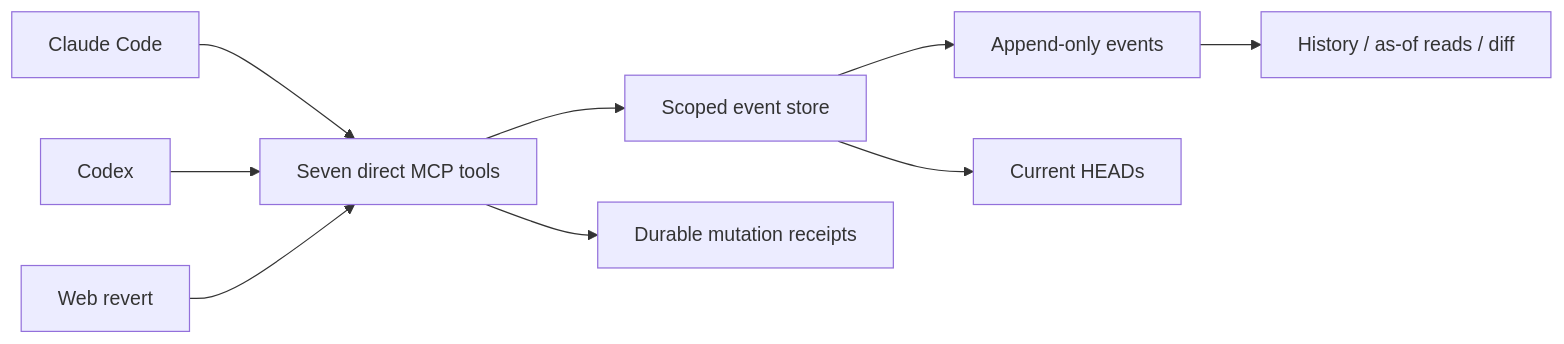
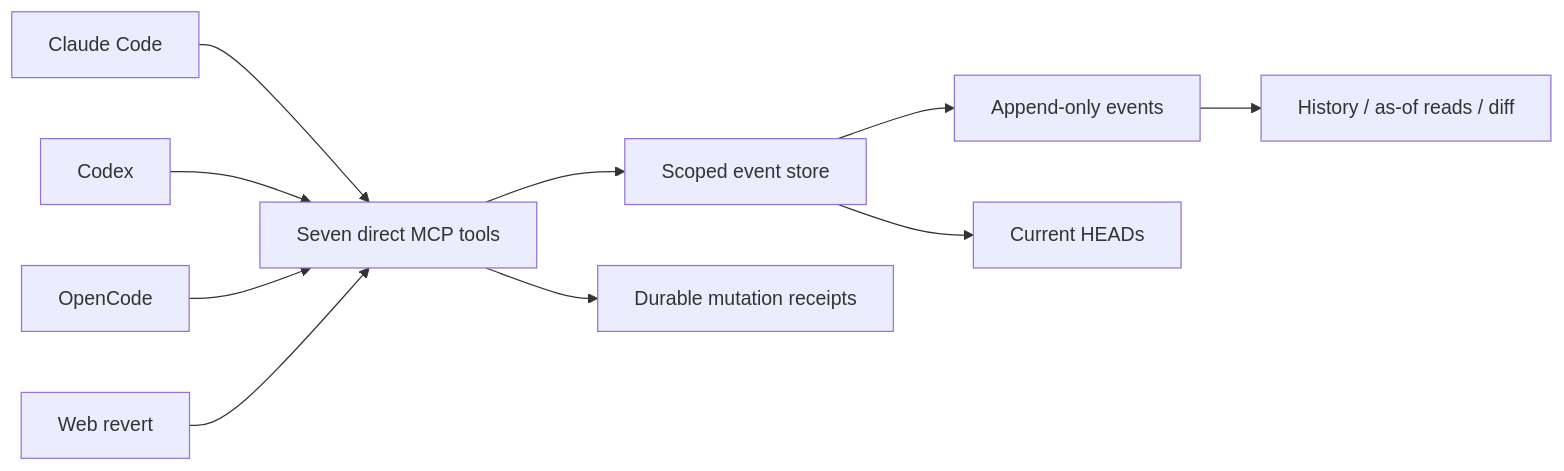
One commit to Yugesh-reddy/Mnemo changed the diagram in README.md. Above: the diagram before and after it, drawn with Mermaid. The commit also changed other lines of this file and 7 other files, not shown here.

First line of the commit message:
feat: connect OpenCode in mnemo install

````diff
--- a/README.md
+++ b/README.md
@@ -279,11 +302,12 @@
 ```mermaid
 flowchart LR
     Claude[Claude Code] --> Direct[Seven direct MCP tools]
     Codex[Codex] --> Direct
+    OpenCode[OpenCode] --> Direct
     UI[Web revert] --> Direct
     Direct --> Core[Scoped event store]
     Core --> Events[Append-only events]
     Core --> Heads[Current HEADs]
     Direct --> Receipts[Durable mutation receipts]
     Events --> History[History / as-of reads / diff]
 ```
````
